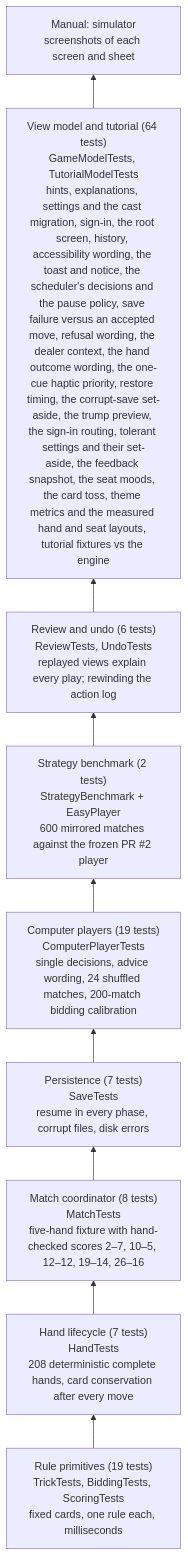
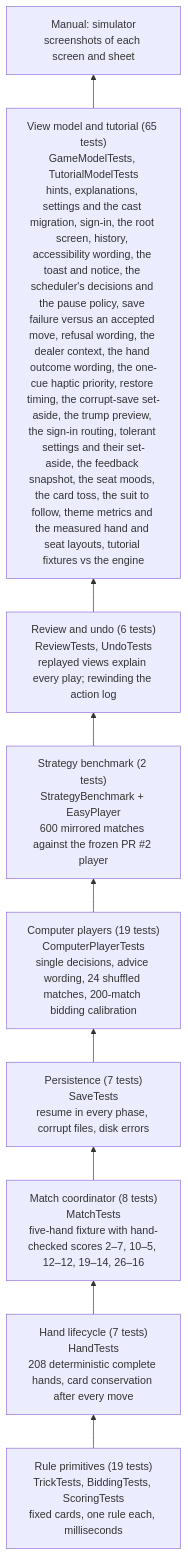
Before and after one commit to cmurphy1140/catch-5: the first of 2 diagrams in docs/testing.md, drawn with Mermaid. The commit also changed other lines of this file and 8 other files, not shown here.

First line of the commit message:
Unavailable cards sit in shadow; the status line names the suit to follow (#36)

````diff
--- a/docs/testing.md
+++ b/docs/testing.md
@@ -40,13 +40,13 @@
 ```mermaid
 flowchart BT
     L1["Rule primitives (19 tests)<br/>TrickTests, BiddingTests, ScoringTests<br/>fixed cards, one rule each, milliseconds"]
     L2["Hand lifecycle (7 tests)<br/>HandTests<br/>208 deterministic complete hands, card conservation after every move"]
     L3["Match coordinator (8 tests)<br/>MatchTests<br/>five-hand fixture with hand-checked scores 2–7, 10–5, 12–12, 19–14, 26–16"]
     L4["Persistence (7 tests)<br/>SaveTests<br/>resume in every phase, corrupt files, disk errors"]
     L5["Computer players (19 tests)<br/>ComputerPlayerTests<br/>single decisions, advice wording, 24 shuffled matches, 200-match bidding calibration"]
     L5b["Strategy benchmark (2 tests)<br/>StrategyBenchmark + EasyPlayer<br/>600 mirrored matches against the frozen PR #2 player"]
     L5c["Review and undo (6 tests)<br/>ReviewTests, UndoTests<br/>replayed views explain every play; rewinding the action log"]
-    L6["View model and tutorial (64 tests)<br/>GameModelTests, TutorialModelTests<br/>hints, explanations, settings and the cast migration, sign-in, the root screen, history, accessibility wording, the toast and notice, the scheduler's decisions and the pause policy, save failure versus an accepted move, refusal wording, the dealer context, the hand outcome wording, the one-cue haptic priority, restore timing, the corrupt-save set-aside, the trump preview, the sign-in routing, tolerant settings and their set-aside, the feedback snapshot, the seat moods, the card toss, theme metrics and the measured hand and seat layouts, tutorial fixtures vs the engine"]
+    L6["View model and tutorial (65 tests)<br/>GameModelTests, TutorialModelTests<br/>hints, explanations, settings and the cast migration, sign-in, the root screen, history, accessibility wording, the toast and notice, the scheduler's decisions and the pause policy, save failure versus an accepted move, refusal wording, the dealer context, the hand outcome wording, the one-cue haptic priority, restore timing, the corrupt-save set-aside, the trump preview, the sign-in routing, tolerant settings and their set-aside, the feedback snapshot, the seat moods, the card toss, the suit to follow, theme metrics and the measured hand and seat layouts, tutorial fixtures vs the engine"]
     L7["Manual: simulator<br/>screenshots of each screen and sheet"]
     L1 --> L2 --> L3 --> L4 --> L5 --> L5b --> L5c --> L6 --> L7
 ```
````
